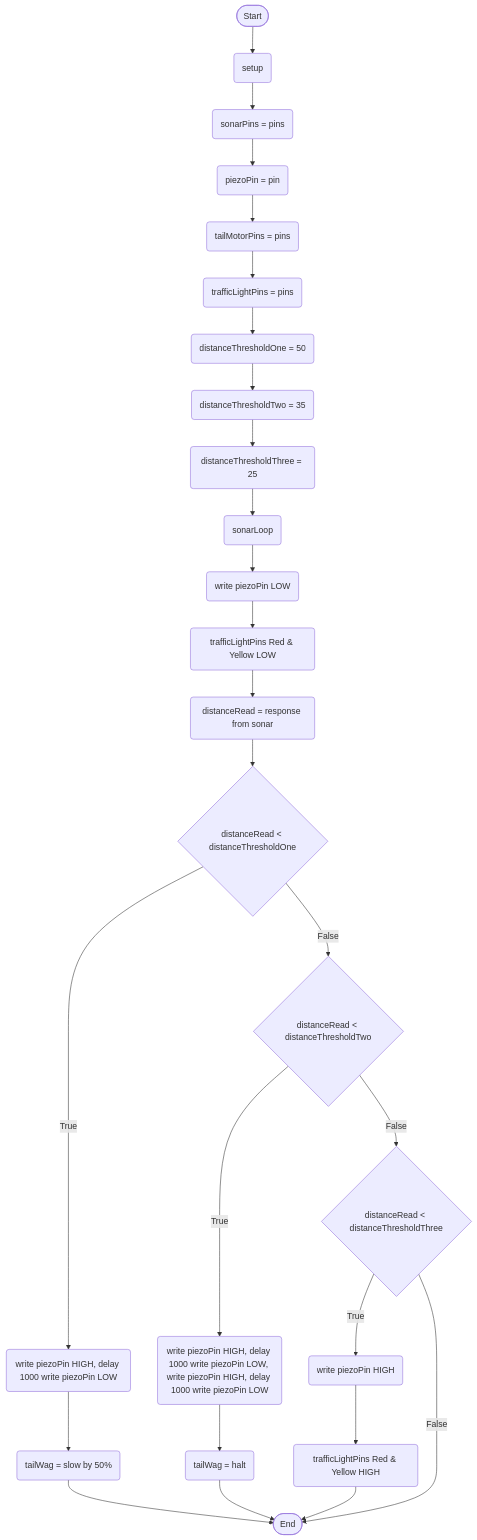
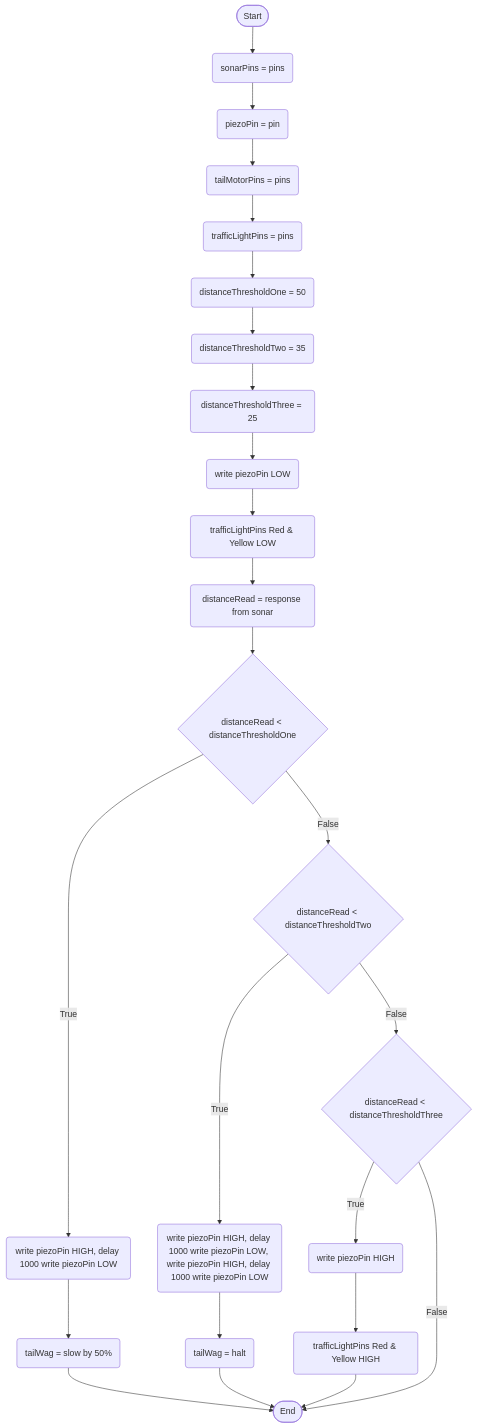
One commit to Deltace05/SmartDog changed the first of 2 diagrams in logic.md. Above: the diagram before and after it, drawn with Mermaid. The commit also changed other lines of this file, not shown here.

````diff
--- a/logic.md
+++ b/logic.md
@@ -1,53 +1,49 @@
 ```mermaid
 flowchart TD
 terminalStart([Start])
 terminalEnd([End])
-setupStart(setup)
 setSonarRead(sonarPins = pins)
 setPiezoPin(piezoPin = pin)
 setTail(tailMotorPins = pins)
 setLight(trafficLightPins = pins)
 thresholdSetOne(distanceThresholdOne = 50)
 thresholdSetTwo(distanceThresholdTwo = 35)
 thresholdSetThree(distanceThresholdThree = 25)
 currentDistanceReading(distanceRead = response from sonar)
 ifDistanceLessThanThresholdOne{distanceRead < distanceThresholdOne}
 ifDistanceLessThanThresholdTwo{distanceRead < distanceThresholdTwo}
 ifDistanceLessThanThresholdThree{distanceRead < distanceThresholdThree}
 piezoOneBuzz(write piezoPin HIGH, delay 1000 write piezoPin LOW)
 piezoTwoBuzz(write piezoPin HIGH, delay 1000 write piezoPin LOW, write piezoPin HIGH, delay 1000 write piezoPin LOW)
 piezoConstant(write piezoPin HIGH)
 sonarLightAlarm(trafficLightPins Red & Yellow HIGH)
 sonarLightAlarmReset(trafficLightPins Red & Yellow LOW)
 piezoReset(write piezoPin LOW)
 tailSlow(tailWag = slow by 50%)
 tailStop(tailWag = halt)
-sonarStart(sonarLoop)
 
-terminalStart --> setupStart
-setupStart --> setSonarRead
+
+terminalStart --> setSonarRead
 setSonarRead --> setPiezoPin
 setPiezoPin --> setTail
 setTail --> setLight
 setLight --> thresholdSetOne
 thresholdSetOne --> thresholdSetTwo
 thresholdSetTwo --> thresholdSetThree
-thresholdSetThree --> sonarStart
-
-sonarStart --> piezoReset
+thresholdSetThree --> piezoReset
 piezoReset --> sonarLightAlarmReset
 sonarLightAlarmReset --> currentDistanceReading
 currentDistanceReading --> ifDistanceLessThanThresholdOne
 ifDistanceLessThanThresholdOne --> |True| piezoOneBuzz
 piezoOneBuzz --> tailSlow
 tailSlow --> terminalEnd
 ifDistanceLessThanThresholdOne --> |False| ifDistanceLessThanThresholdTwo
 ifDistanceLessThanThresholdTwo --> |True| piezoTwoBuzz
 piezoTwoBuzz --> tailStop
 tailStop --> terminalEnd
 ifDistanceLessThanThresholdTwo --> |False| ifDistanceLessThanThresholdThree
 ifDistanceLessThanThresholdThree --> |True| piezoConstant
 piezoConstant --> sonarLightAlarm
 sonarLightAlarm --> terminalEnd
 ifDistanceLessThanThresholdThree --> |False| terminalEnd
 ```
````
